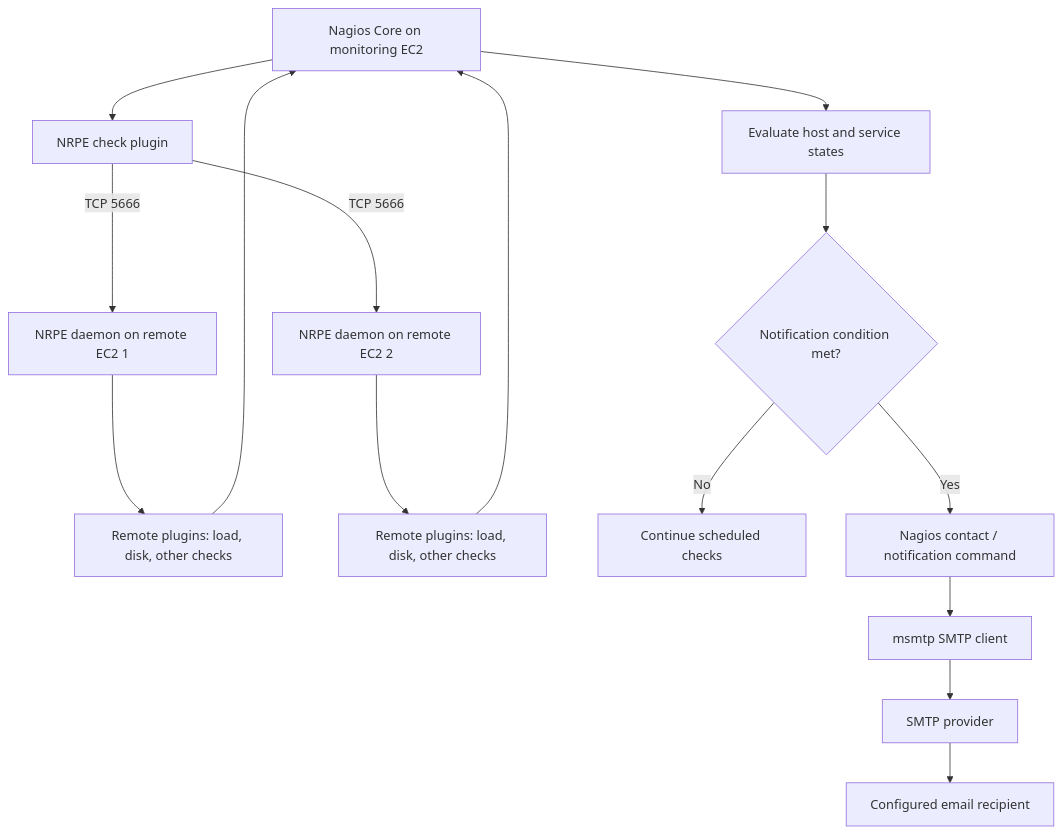
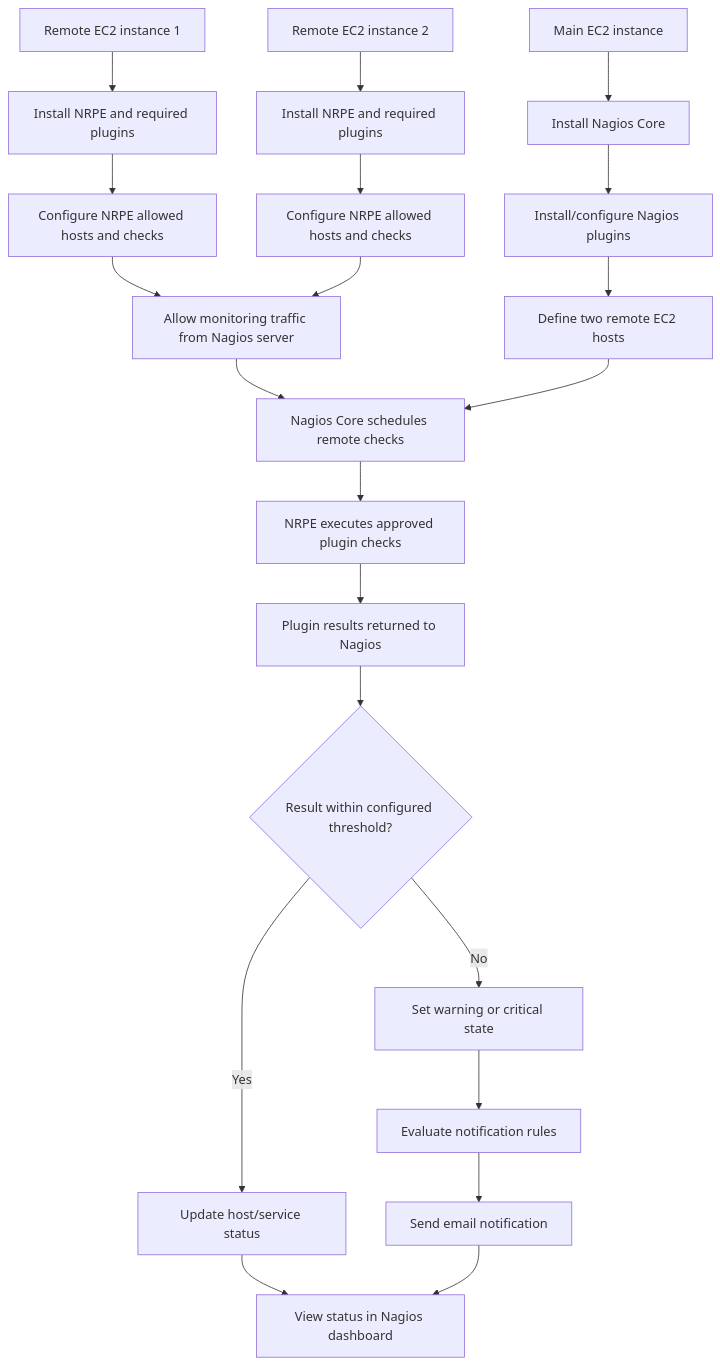
Diagram 12 of 12 in README.md (Viggy06/aws_devops_learning_documentation), drawn with Mermaid before and after one commit. The commit also changed other lines of this file, not shown here.

````diff
--- a/README.md
+++ b/README.md
@@ -354,17 +520,23 @@
 ```mermaid
 flowchart TD
-    A[Nagios Core on monitoring EC2] --> B[NRPE check plugin]
-    B -->|TCP 5666| C[NRPE daemon on remote EC2 1]
-    B -->|TCP 5666| D[NRPE daemon on remote EC2 2]
-    C --> E[Remote plugins: load, disk, other checks]
-    D --> F[Remote plugins: load, disk, other checks]
-    E --> A
-    F --> A
-    A --> G[Evaluate host and service states]
-    G --> H{Notification condition met?}
-    H -- No --> I[Continue scheduled checks]
-    H -- Yes --> J[Nagios contact / notification command]
-    J --> K[msmtp SMTP client]
-    K --> L[SMTP provider]
-    L --> M[Configured email recipient]
+    A[Main EC2 instance] --> B[Install Nagios Core]
+    B --> C[Install/configure Nagios plugins]
+    C --> D[Define two remote EC2 hosts]
+    E[Remote EC2 instance 1] --> F[Install NRPE and required plugins]
+    G[Remote EC2 instance 2] --> H[Install NRPE and required plugins]
+    F --> I[Configure NRPE allowed hosts and checks]
+    H --> J[Configure NRPE allowed hosts and checks]
+    I --> K[Allow monitoring traffic from Nagios server]
+    J --> K
+    K --> L[Nagios Core schedules remote checks]
+    D --> L
+    L --> M[NRPE executes approved plugin checks]
+    M --> N[Plugin results returned to Nagios]
+    N --> O{Result within configured threshold?}
+    O -- Yes --> P[Update host/service status]
+    O -- No --> Q[Set warning or critical state]
+    Q --> R[Evaluate notification rules]
+    R --> S[Send email notification]
+    P --> T[View status in Nagios dashboard]
+    S --> T
 ```
````
